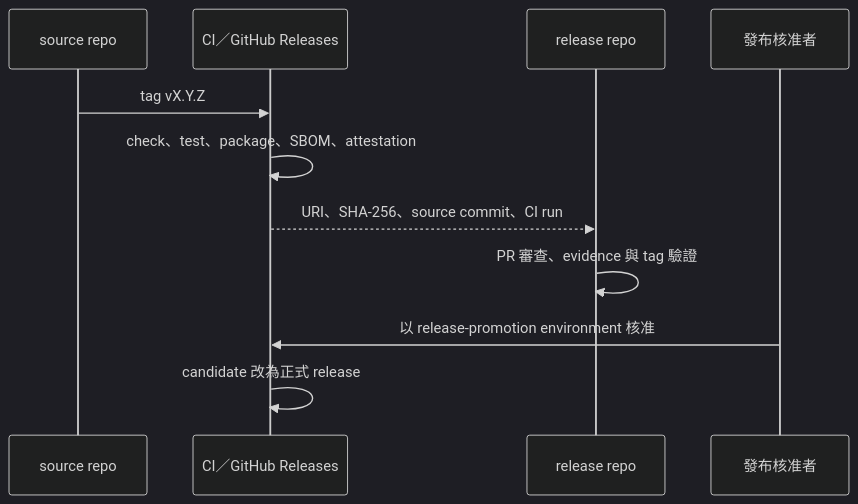
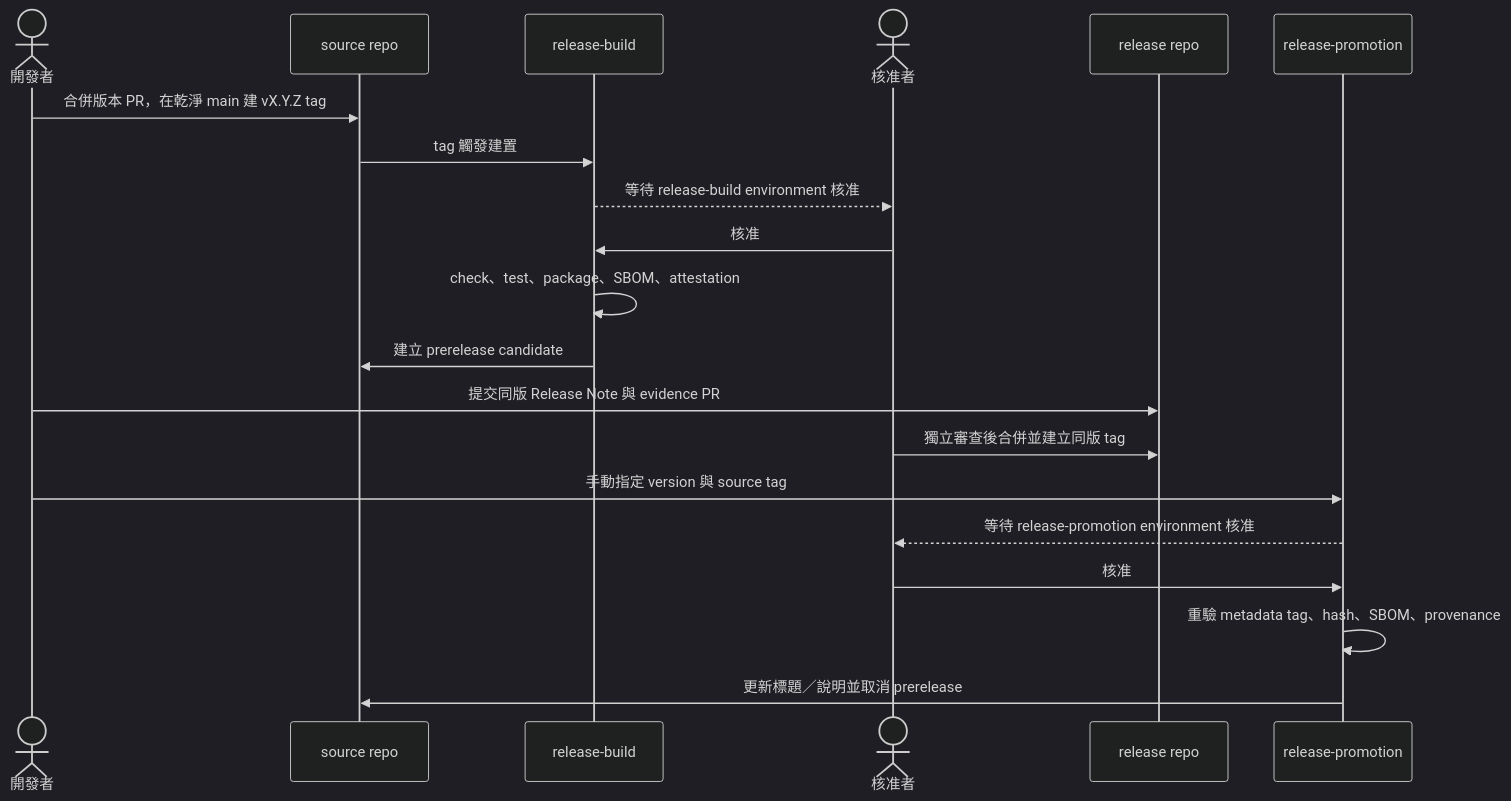
One commit to JiaChangGit/ai_dev_platform-cicd-platform changed the fifth of 6 diagrams in docs/architecture.md. Above: the diagram before and after it, drawn with Mermaid (dark theme). The commit also changed other lines of this file and 28 other files, not shown here.

````diff
--- a/docs/architecture.md
+++ b/docs/architecture.md
@@ -40,13 +112,22 @@
 ```mermaid
 sequenceDiagram
+    actor D as 開發者
     participant S as source repo
-    participant C as CI／GitHub Releases
-    participant M as release repo
-    participant P as 發布核准者
-    S->>C: tag vX.Y.Z
-    C->>C: check、test、package、SBOM、attestation
-    C-->>M: URI、SHA-256、source commit、CI run
-    M->>M: PR 審查、evidence 與 tag 驗證
-    P->>C: 以 release-promotion environment 核准
-    C->>C: candidate 改為正式 release
+    participant B as release-build
+    actor A as 核准者
+    participant R as release repo
+    participant P as release-promotion
+    D->>S: 合併版本 PR，在乾淨 main 建 vX.Y.Z tag
+    S->>B: tag 觸發建置
+    B-->>A: 等待 release-build environment 核准
+    A->>B: 核准
+    B->>B: check、test、package、SBOM、attestation
+    B->>S: 建立 prerelease candidate
+    D->>R: 提交同版 Release Note 與 evidence PR
+    A->>R: 獨立審查後合併並建立同版 tag
+    D->>P: 手動指定 version 與 source tag
+    P-->>A: 等待 release-promotion environment 核准
+    A->>P: 核准
+    P->>P: 重驗 metadata tag、hash、SBOM、provenance
+    P->>S: 更新標題／說明並取消 prerelease
 ```
````
